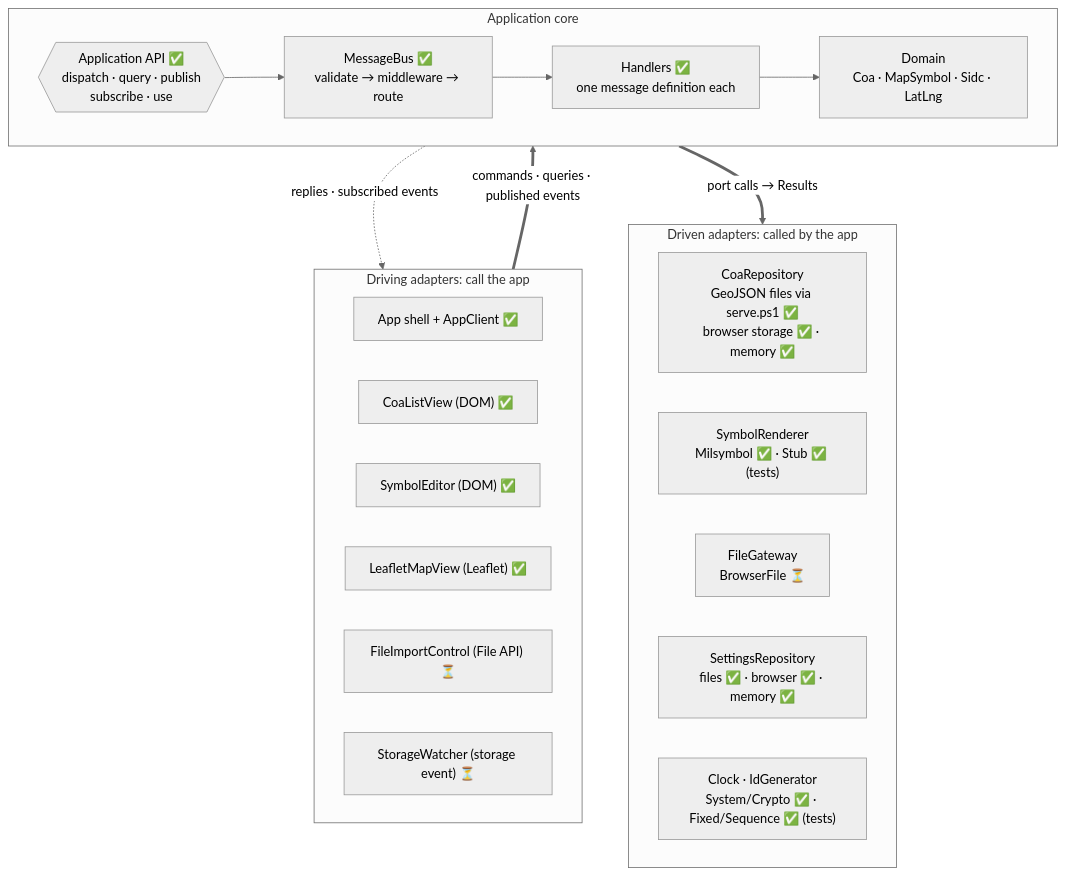
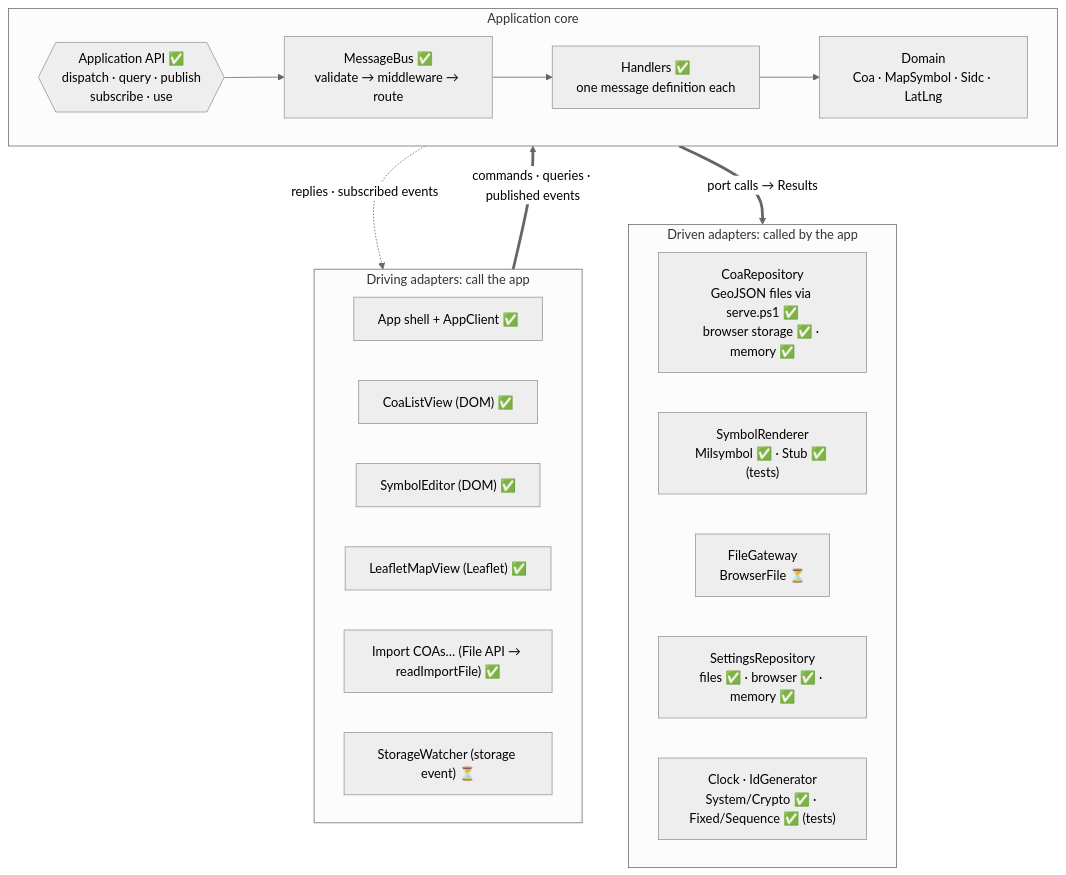
The first of 9 diagrams in docs/ARCHITECTURE.md (kentongoldthorpe/sidc), drawn with Mermaid (neutral theme) before and after one commit. The commit also changed other lines of this file and 17 other files, not shown here.

First line of the commit message:
Documented COA import format (coa.import) and Import COAs… button

````diff
--- a/docs/ARCHITECTURE.md
+++ b/docs/ARCHITECTURE.md
@@ -16,34 +16,34 @@
 ```mermaid
 flowchart TB
   subgraph driving["Driving adapters: call the app"]
     direction LR
     SHELL["App shell + AppClient ✅"]
     LIST["CoaListView (DOM) ✅"]
     EDITOR["SymbolEditor (DOM) ✅"]
     MAP["LeafletMapView (Leaflet) ✅"]
-    IMPORT["FileImportControl (File API) ⏳"]
+    IMPORT["Import COAs… (File API → readImportFile) ✅"]
     WATCH["StorageWatcher (storage event) ⏳"]
   end
 
   subgraph core["Application core"]
     direction LR
     API{{"Application API ✅<br/>dispatch · query · publish<br/>subscribe · use"}}
     BUS["MessageBus ✅<br/>validate → middleware → route"]
     HANDLERS["Handlers ✅<br/>one message definition each"]
     DOMAIN["Domain<br/>Coa · MapSymbol · Sidc · LatLng"]
     API --> BUS --> HANDLERS --> DOMAIN
   end
 
   subgraph driven["Driven adapters: called by the app"]
     direction LR
     REPO["CoaRepository<br/>GeoJSON files via serve.ps1 ✅<br/>browser storage ✅ · memory ✅"]
     RENDER["SymbolRenderer<br/>Milsymbol ✅ · Stub ✅ (tests)"]
     FILES["FileGateway<br/>BrowserFile ⏳"]
     SETTINGS["SettingsRepository<br/>files ✅ · browser ✅ · memory ✅"]
     SYS["Clock · IdGenerator<br/>System/Crypto ✅ · Fixed/Sequence ✅ (tests)"]
   end
 
   driving == "commands · queries · published events" ==> API
   API -. "replies · subscribed events" .-> driving
   HANDLERS == "port calls → Results" ==> driven
 ```
````
